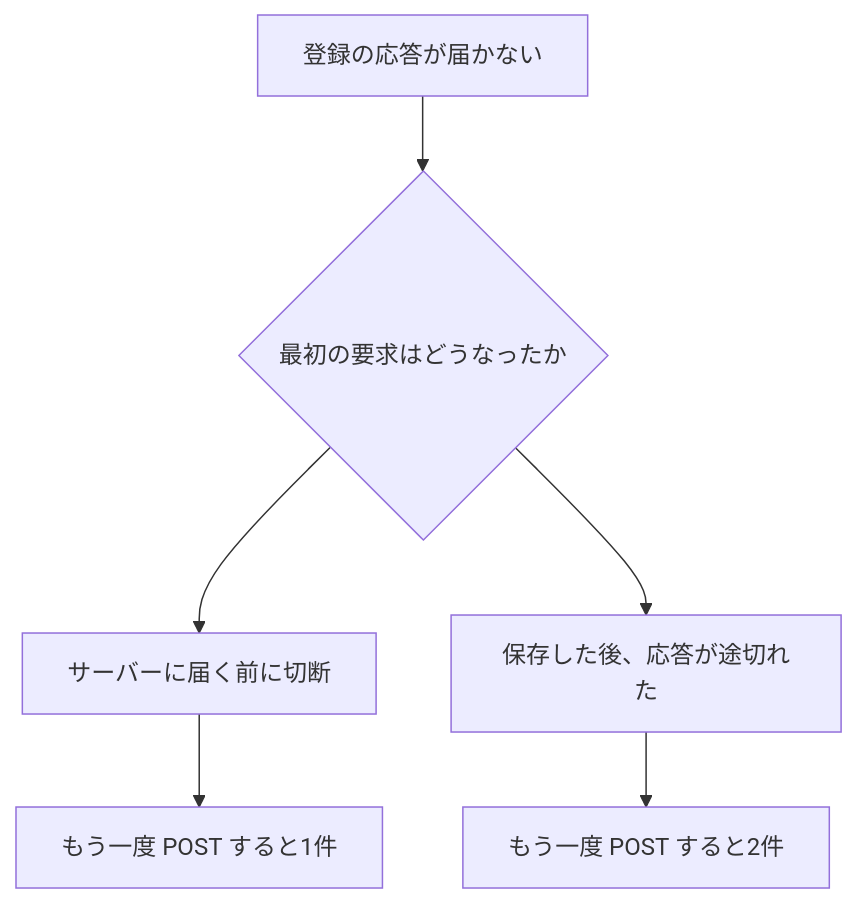
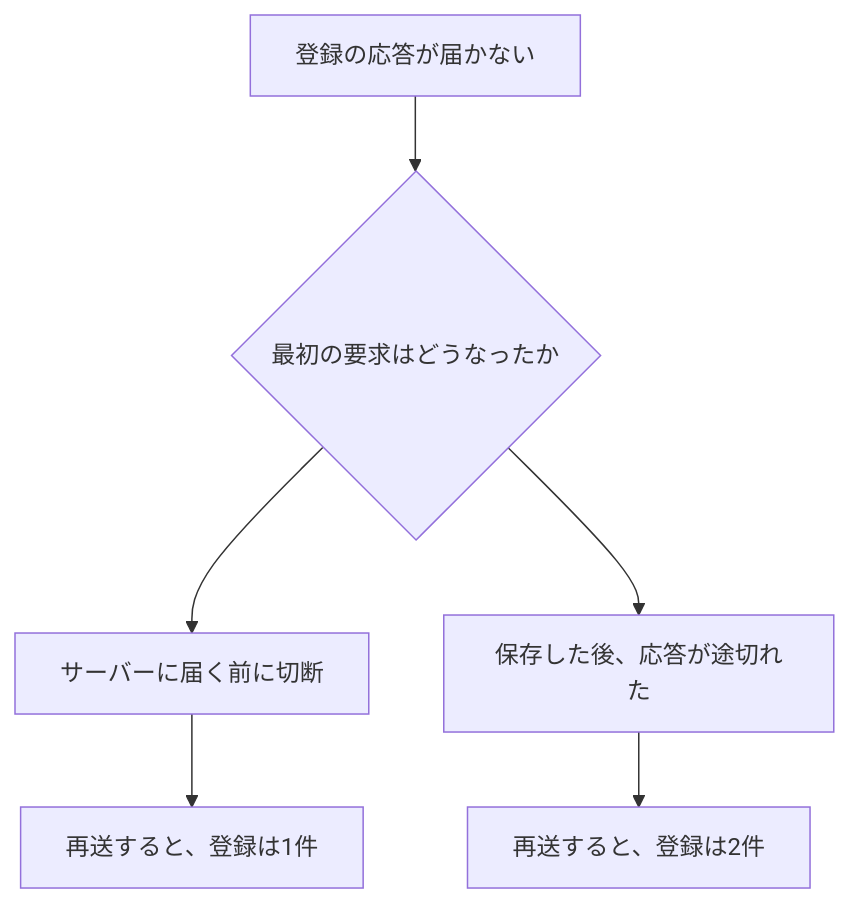
One commit to tsuji-tomonori/rest-api-sample changed the diagram in docs/04-methods.md. Above: the diagram before and after it, drawn with Mermaid. The commit also changed other lines of this file and 27 other files, not shown here.

````diff
--- a/docs/04-methods.md
+++ b/docs/04-methods.md
@@ -40,8 +31,8 @@
 ```mermaid
 flowchart TD
     A["登録の応答が届かない"] --> B{"最初の要求はどうなったか"}
     B --> C["サーバーに届く前に切断"]
     B --> D["保存した後、応答が途切れた"]
-    C --> E["もう一度 POST すると1件"]
-    D --> F["もう一度 POST すると2件"]
+    C --> E["再送すると、登録は1件"]
+    D --> F["再送すると、登録は2件"]
 ```
````
